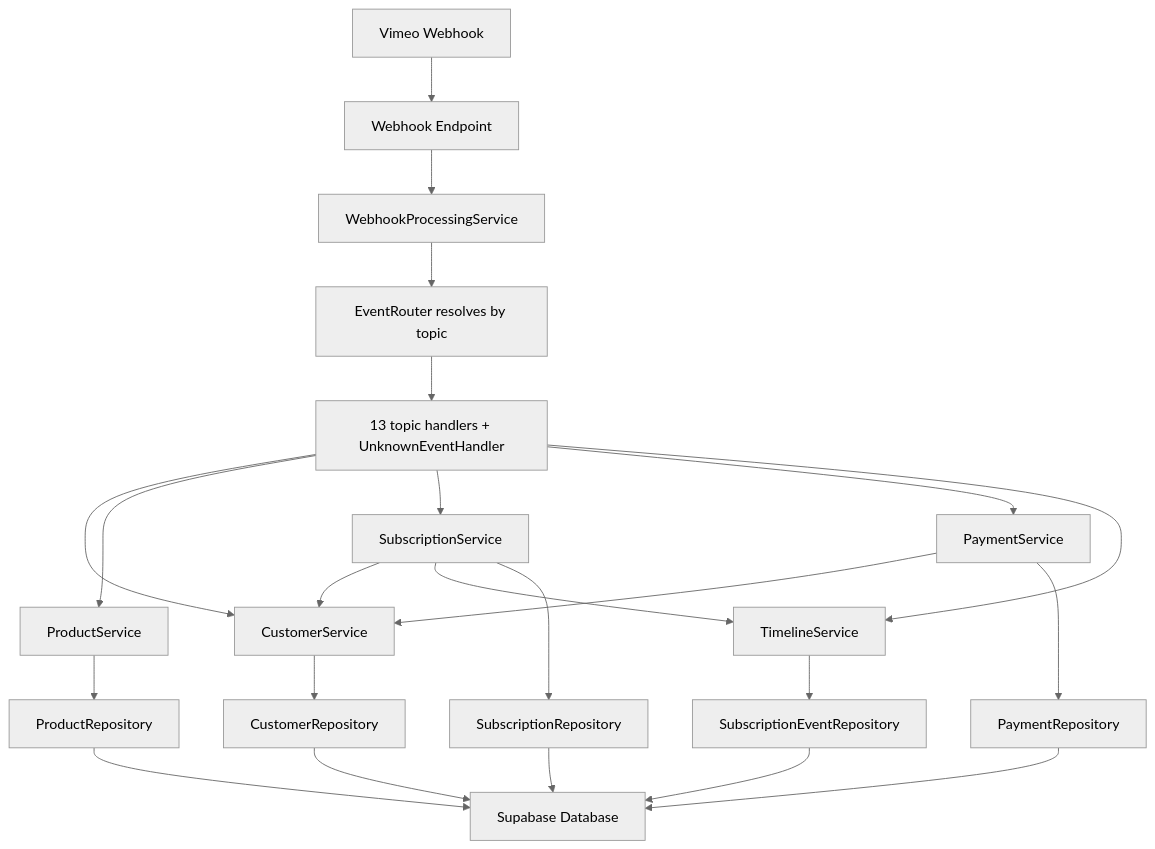
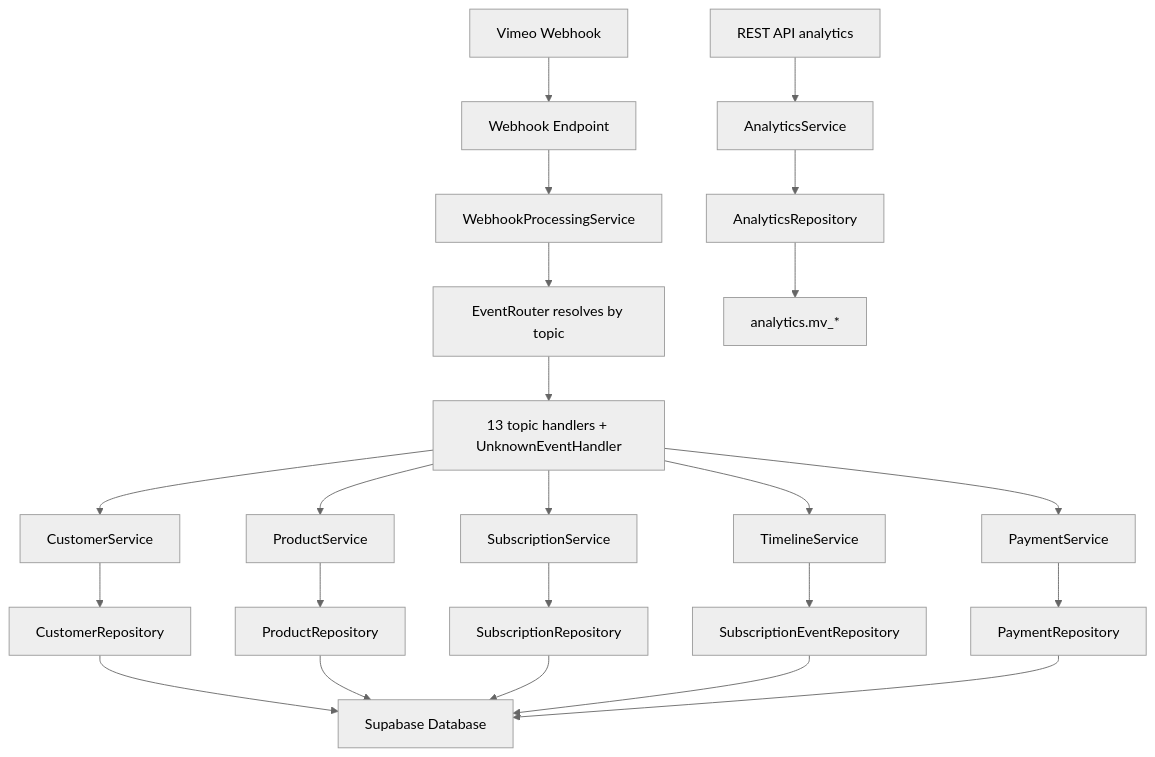
The diagram in docs/service-layer.md (devopsbrandmirchi/ChipperVimeo), drawn with Mermaid (neutral theme) before and after one commit. The commit also changed other lines of this file and 53 other files, not shown here.

````diff
--- a/docs/service-layer.md
+++ b/docs/service-layer.md
@@ -17,28 +17,28 @@
 ```mermaid
 flowchart TD
   webhook[Vimeo Webhook] --> endpoint[Webhook Endpoint]
   endpoint --> wps[WebhookProcessingService]
   wps --> router[EventRouter resolves by topic]
   router --> handlers["13 topic handlers + UnknownEventHandler"]
   handlers --> customerSvc[CustomerService]
   handlers --> productSvc[ProductService]
   handlers --> subSvc[SubscriptionService]
   handlers --> paySvc[PaymentService]
   handlers --> timeSvc[TimelineService]
 
-  subSvc --> customerSvc
-  subSvc --> timeSvc
-  paySvc --> customerSvc
-
   customerSvc --> customerRepo[CustomerRepository]
   productSvc --> productRepo[ProductRepository]
   subSvc --> subRepo[SubscriptionRepository]
   timeSvc --> eventRepo[SubscriptionEventRepository]
   paySvc --> payRepo[PaymentRepository]
 
   customerRepo --> db[Supabase Database]
   productRepo --> db
   subRepo --> db
   eventRepo --> db
   payRepo --> db
+
+  apiRoutes[REST API analytics] --> analyticsSvc[AnalyticsService]
+  analyticsSvc --> analyticsRepo[AnalyticsRepository]
+  analyticsRepo --> analyticsSchema[analytics.mv_*]
 ```
````
